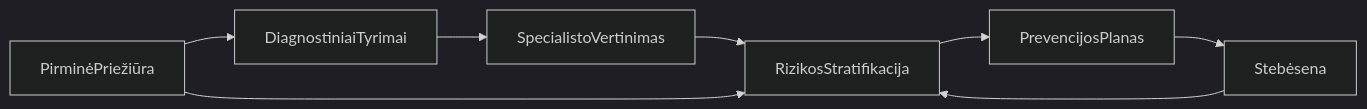
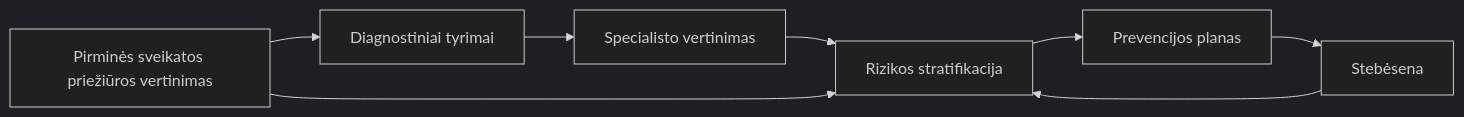
One commit to HL7LT/ig-lt-cvd changed the diagram in input/translations/lt/pagecontent/workflow.md. Above: the diagram before and after it, drawn with Mermaid (dark theme). The commit also changed other lines of this file and 8 other files, not shown here.

````diff
--- a/input/translations/lt/pagecontent/workflow.md
+++ b/input/translations/lt/pagecontent/workflow.md
@@ -71,16 +81,16 @@
 ```mermaid
 flowchart LR
-  step1[PirminėPriežiūra]
-  step2[DiagnostiniaiTyrimai]
-  step3[SpecialistoVertinimas]
-  step4[RizikosStratifikacija]
-  step5[PrevencijosPlanas]
-  step6[Stebėsena]
+  step1["Pirminės sveikatos priežiūros vertinimas"]
+  step2["Diagnostiniai tyrimai"]
+  step3["Specialisto vertinimas"]
+  step4["Rizikos stratifikacija"]
+  step5["Prevencijos planas"]
+  step6["Stebėsena"]
   step1 --> step2
   step2 --> step3
   step3 --> step4
   step1 --> step4
   step4 --> step5
   step5 --> step6
   step6 --> step4
 ```
````
